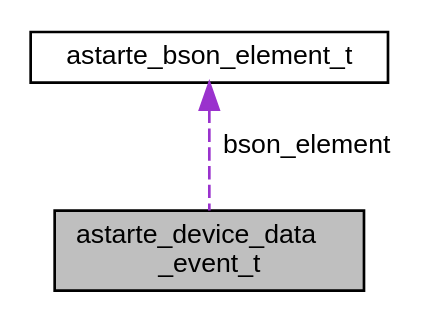
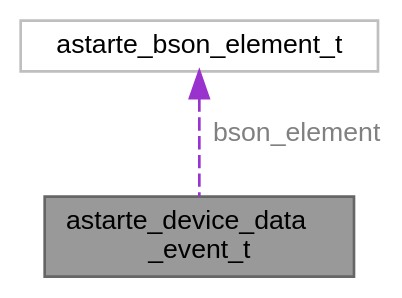
The diagram in device-sdks/esp32/snapshot/api/structastarte__device__data__event__t__coll__graph.dot (astarte-platform/docs), drawn with Graphviz before and after one commit. The commit also changed 181 other files, not shown here.

```diff
--- a/device-sdks/esp32/snapshot/api/structastarte__device__data__event__t__coll__graph.dot
+++ b/device-sdks/esp32/snapshot/api/structastarte__device__data__event__t__coll__graph.dot
@@ -1,9 +1,10 @@
 digraph "astarte_device_data_event_t"
 {
  // LATEX_PDF_SIZE
-  edge [fontname="Helvetica",fontsize="10",labelfontname="Helvetica",labelfontsize="10"];
-  node [fontname="Helvetica",fontsize="10",shape=record];
-  Node1 [label="astarte_device_data\l_event_t",height=0.2,width=0.4,color="black", fillcolor="grey75", style="filled", fontcolor="black",tooltip=" "];
-  Node2 -> Node1 [dir="back",color="darkorchid3",fontsize="10",style="dashed",label=" bson_element" ,fontname="Helvetica"];
-  Node2 [label="astarte_bson_element_t",height=0.2,width=0.4,color="black", fillcolor="white", style="filled",URL="$structastarte__bson__element__t.html",tooltip=" "];
+  bgcolor="transparent";
+  edge [fontname=Helvetica,fontsize=10,labelfontname=Helvetica,labelfontsize=10];
+  node [fontname=Helvetica,fontsize=10,shape=box,height=0.2,width=0.4];
+  Node1 [id="Node000001",label="astarte_device_data\l_event_t",height=0.2,width=0.4,color="gray40", fillcolor="grey60", style="filled", fontcolor="black",tooltip=" "];
+  Node2 -> Node1 [id="edge1_Node000001_Node000002",dir="back",color="darkorchid3",style="dashed",tooltip=" ",label=" bson_element",fontcolor="grey" ];
+  Node2 [id="Node000002",label="astarte_bson_element_t",height=0.2,width=0.4,color="grey75", fillcolor="white", style="filled",URL="$structastarte__bson__element__t.html",tooltip=" "];
 }
```
